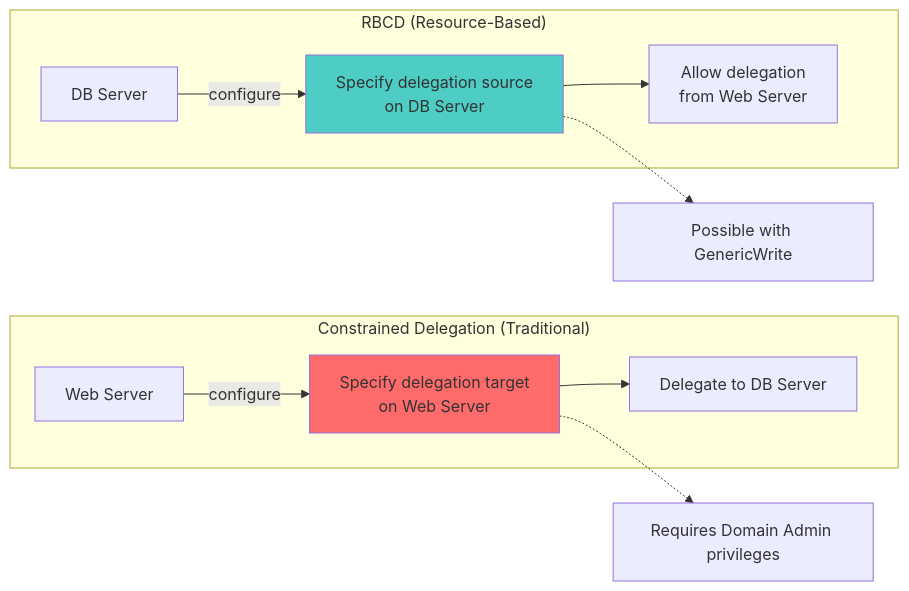
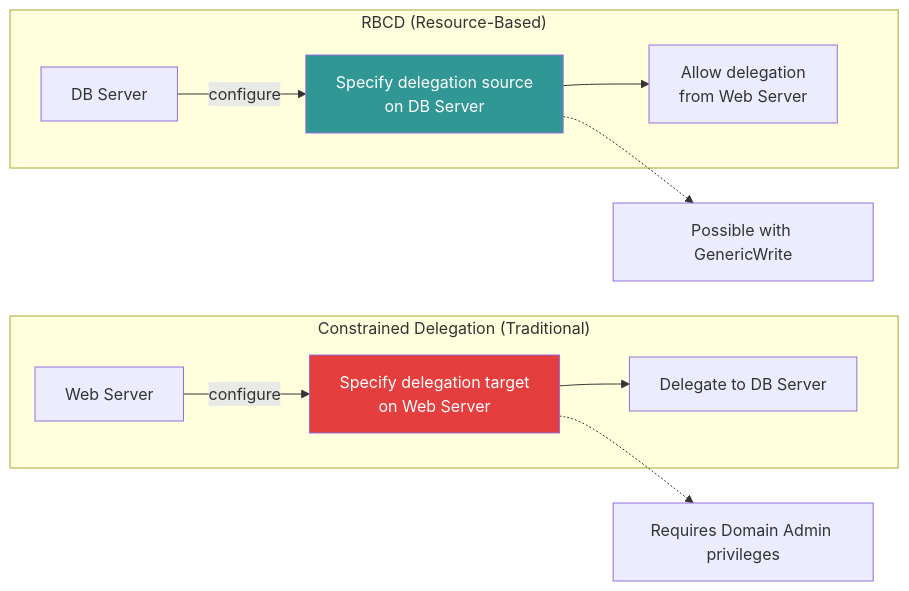
Before and after one commit to morimori-dev/morimori-dev.github.io: the second of 6 diagrams in _posts/2026-03-03-tech-rbcd-attack-guide.md, drawn with Mermaid. The commit also changed 2 other files, not shown here.

Commit message:
fix: improve mermaid diagram colors for better readability
Add custom CSS overrides for Mermaid sequence diagrams and flowcharts
in both light and dark modes. Use high-contrast color schemes with
blue accents for actors/nodes and yellow for notes. Also fix inline
flowchart styles in RBCD posts to use white text on colored backgrounds.

https://claude.ai/code/session_01H3wLkGSuQUHc36xw7raxr7

````diff
--- a/_posts/2026-03-03-tech-rbcd-attack-guide.md
+++ b/_posts/2026-03-03-tech-rbcd-attack-guide.md
@@ -80,21 +80,21 @@
 ```mermaid
 flowchart LR
     subgraph "Constrained Delegation (Traditional)"
         A1[Web Server] -->|configure| A2[Specify delegation target<br/>on Web Server]
         A2 --> A3[Delegate to DB Server]
     end
 
     subgraph "RBCD (Resource-Based)"
         B1[DB Server] -->|configure| B2[Specify delegation source<br/>on DB Server]
         B2 --> B3[Allow delegation<br/>from Web Server]
     end
 
-    style A2 fill:#ff6b6b
-    style B2 fill:#4ecdc4
+    style A2 fill:#e53e3e,color:#fff
+    style B2 fill:#319795,color:#fff
 
     Note1[Requires Domain Admin privileges]
     Note2[Possible with GenericWrite]
 
     A2 -.-> Note1
     B2 -.-> Note2
 ```
````
